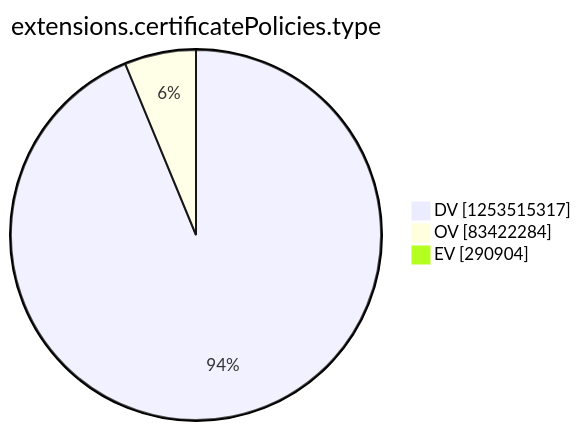
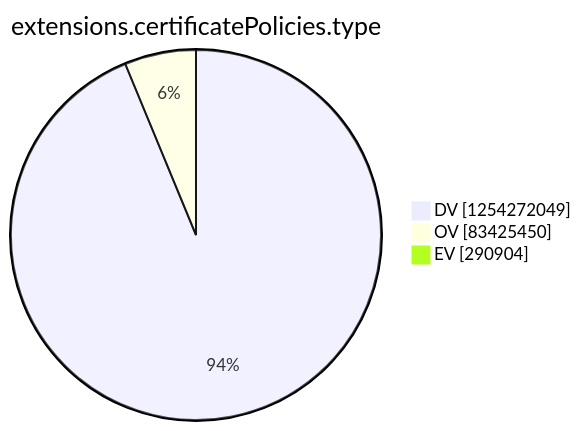
The tenth of 15 diagrams in argon2022/README.md (christiankrug/ctmonitor_visualization), drawn with Mermaid before and after one commit. The commit also changed other lines of this file, not shown here.

````diff
--- a/argon2022/README.md
+++ b/argon2022/README.md
@@ -2771,7 +2771,7 @@
 ```mermaid
 pie showData
 title extensions.certificatePolicies.type
-"DV" :1253515317
-"OV" :83422284
+"DV" :1254272049
+"OV" :83425450
 "EV" :290904
 ```
````
